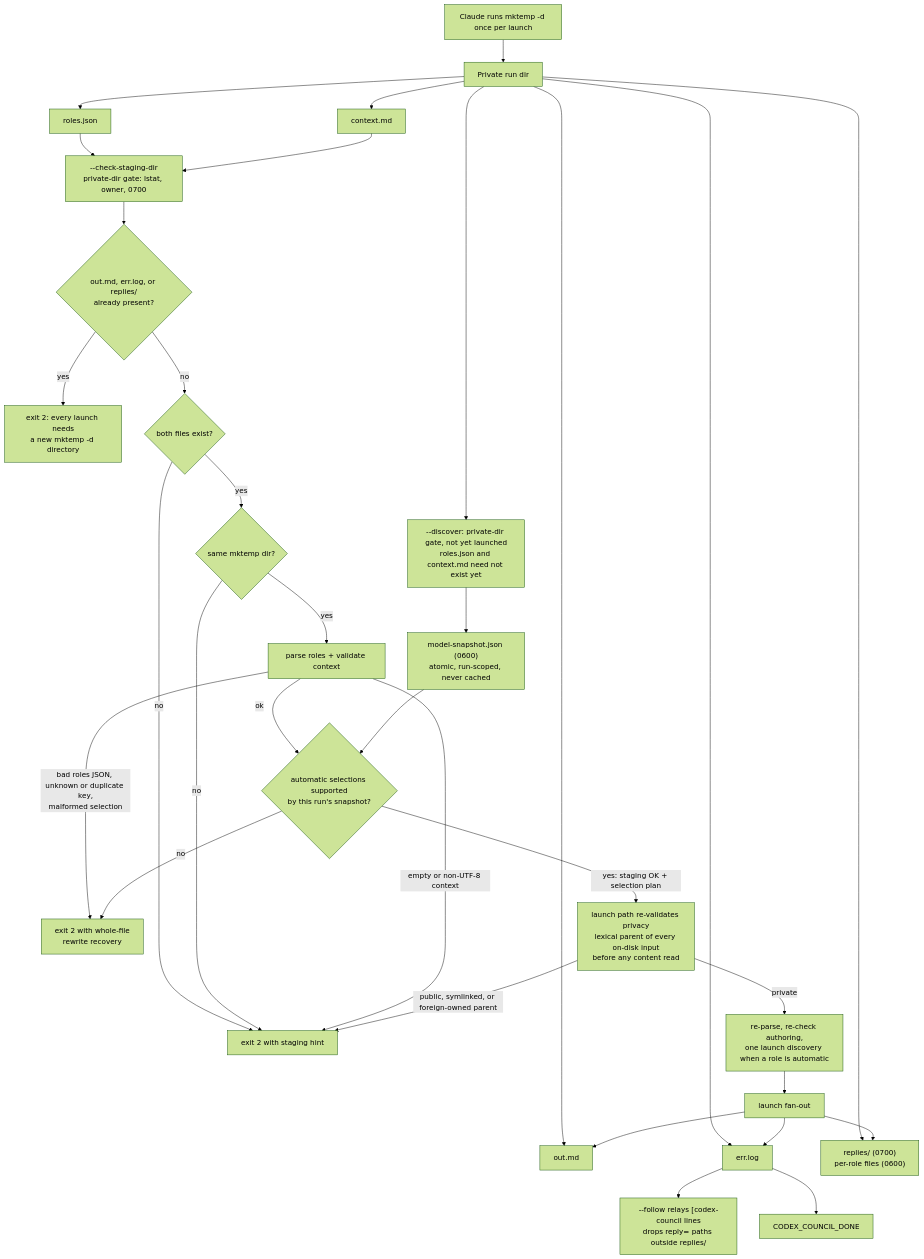
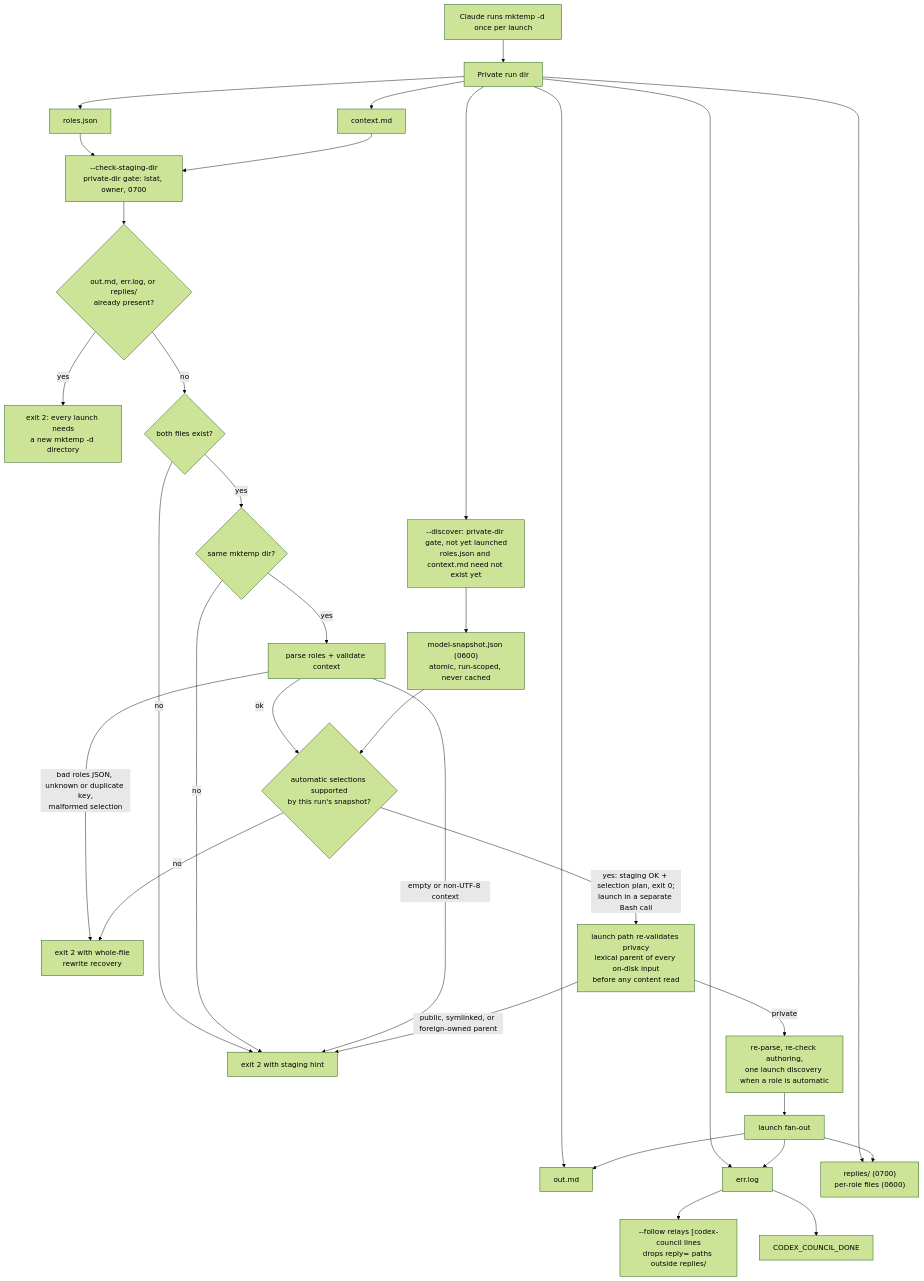
One commit to ehzawad/codex-council changed the fourth of 5 diagrams in DESIGN.md. Above: the diagram before and after it, drawn with Mermaid (forest theme). The commit also changed other lines of this file and 15 other files, not shown here.

````diff
--- a/DESIGN.md
+++ b/DESIGN.md
@@ -995,36 +1097,36 @@
 ```mermaid
 flowchart TD
     Mktemp["Claude runs mktemp -d once per launch"] --> Rundir["Private run dir"]
     Rundir --> DiscoverGate["--discover: private-dir gate, not yet launched<br/>roles.json and context.md need not exist yet"]
     DiscoverGate --> Snapshot["model-snapshot.json (0600)<br/>atomic, run-scoped, never cached"]
     Rundir --> Roles["roles.json"]
     Rundir --> Context["context.md"]
     Rundir --> Out["out.md"]
     Rundir --> Err["err.log"]
     Rundir --> Replies["replies/ (0700)<br/>per-role files (0600)"]
 
     Roles --> Preflight["--check-staging-dir<br/>private-dir gate: lstat, owner, 0700"]
     Context --> Preflight
     Preflight --> Launched{"out.md, err.log, or replies/<br/>already present?"}
     Launched -->|"yes"| NewDir["exit 2: every launch needs<br/>a new mktemp -d directory"]
     Launched -->|"no"| Exists{"both files exist?"}
     Exists -->|"no"| StageError["exit 2 with staging hint"]
     Exists -->|"yes"| SameDir{"same mktemp dir?"}
     SameDir -->|"no"| StageError
     SameDir -->|"yes"| Parse["parse roles + validate context"]
     Parse -->|"empty or non-UTF-8 context"| StageError
     Parse -->|"bad roles JSON, unknown or duplicate key,<br/>malformed selection"| RolesError["exit 2 with whole-file<br/>rewrite recovery"]
     Parse -->|"ok"| Authoring{"automatic selections supported<br/>by this run's snapshot?"}
     Snapshot --> Authoring
     Authoring -->|"no"| RolesError
-    Authoring -->|"yes: staging OK + selection plan"| LaunchGate["launch path re-validates privacy<br/>lexical parent of every on-disk input<br/>before any content read"]
+    Authoring -->|"yes: staging OK + selection plan, exit 0;<br/>launch in a separate Bash call"| LaunchGate["launch path re-validates privacy<br/>lexical parent of every on-disk input<br/>before any content read"]
     LaunchGate -->|"public, symlinked, or foreign-owned parent"| StageError
     LaunchGate -->|"private"| Revalidate["re-parse, re-check authoring,<br/>one launch discovery when a role is automatic"]
     Revalidate --> Launch["launch fan-out"]
 
     Launch --> Replies
     Launch --> Out
     Launch --> Err
     Err --> Follow["--follow relays [codex-council lines<br/>drops reply= paths outside replies/"]
     Err --> Sentinel["CODEX_COUNCIL_DONE"]
 ```
````
